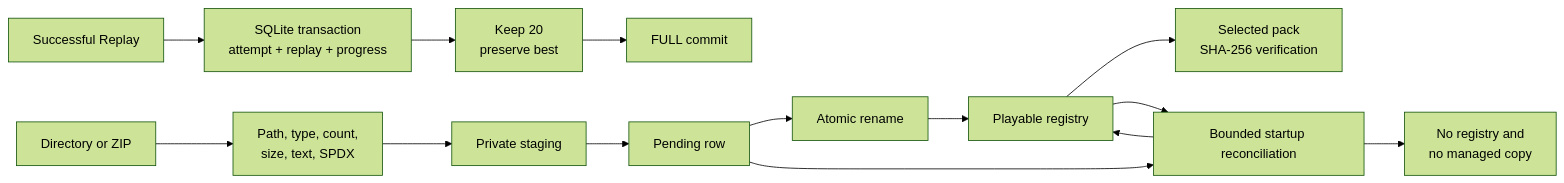
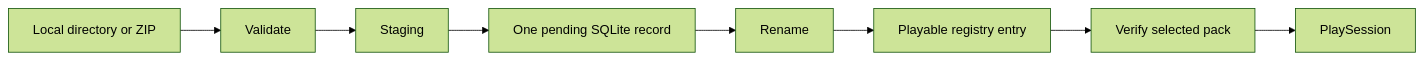
Before and after one commit to nuggocto/orifude: the second of 2 diagrams in NOTEBOOK.md, drawn with Mermaid (forest theme). The commit also changed other lines of this file and 19 other files, not shown here.

````diff
--- a/NOTEBOOK.md
+++ b/NOTEBOOK.md
@@ -513,16 +132,10 @@
 ```mermaid
 flowchart LR
-    Replay["Successful Replay"] --> Tx["SQLite transaction<br/>attempt + replay + progress"]
-    Tx --> Prune["Keep 20<br/>preserve best"]
-    Prune --> Save["FULL commit"]
-    Source["Directory or ZIP"] --> Bounds["Path, type, count,<br/>size, text, SPDX"]
-    Bounds --> Stage["Private staging"]
-    Stage --> Pending["Pending row"]
-    Pending --> Rename["Atomic rename"]
-    Rename --> Registry["Playable registry"]
-    Registry --> Verify["Selected pack<br/>SHA-256 verification"]
-    Pending --> Recover["Bounded startup reconciliation"]
-    Registry --> Recover
-    Recover --> Registry
-    Recover --> Absent["No registry and<br/>no managed copy"]
+    Source["Local directory or ZIP"] --> Validate
+    Validate --> Staging
+    Staging --> Pending["One pending SQLite record"]
+    Pending --> Rename
+    Rename --> Registry["Playable registry entry"]
+    Registry --> Fingerprint["Verify selected pack"]
+    Fingerprint --> PlaySession
 ```
````
